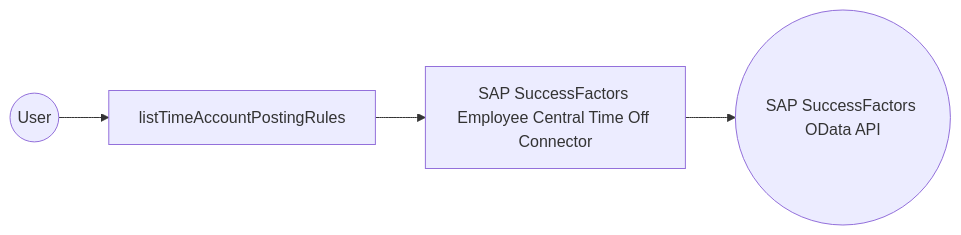
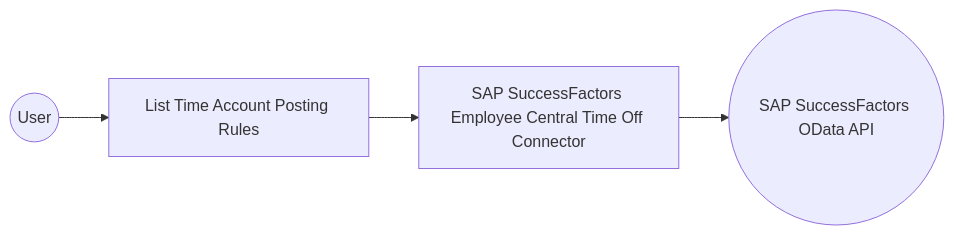
One commit to wso2/docs-integrator changed the diagram in en/docs/connectors/catalog/hrms/sap.successfactors.ectimeoff/example.md. Above: the diagram before and after it, drawn with Mermaid. The commit also changed other lines of this file and 6 other files, not shown here.

````diff
--- a/en/docs/connectors/catalog/hrms/sap.successfactors.ectimeoff/example.md
+++ b/en/docs/connectors/catalog/hrms/sap.successfactors.ectimeoff/example.md
@@ -12,6 +12,6 @@
 ```mermaid
 flowchart LR
-    A((User)) --> B[listTimeAccountPostingRules]
+    A((User)) --> B[List Time Account Posting Rules]
     B --> C[SAP SuccessFactors Employee Central Time Off Connector]
     C --> D((SAP SuccessFactors OData API))
 ```
````
